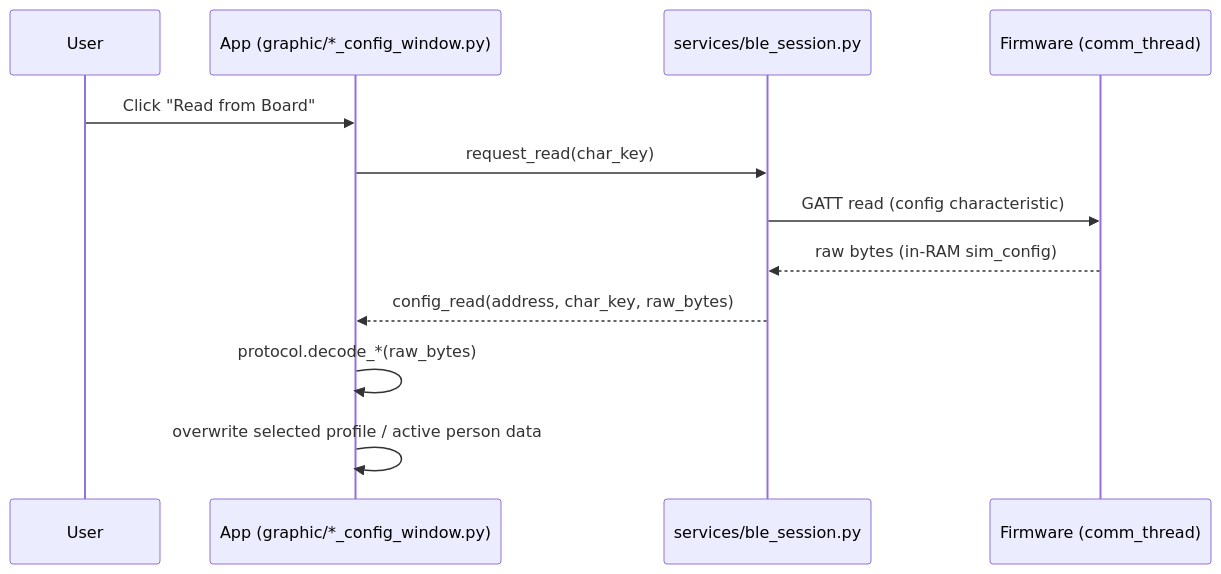
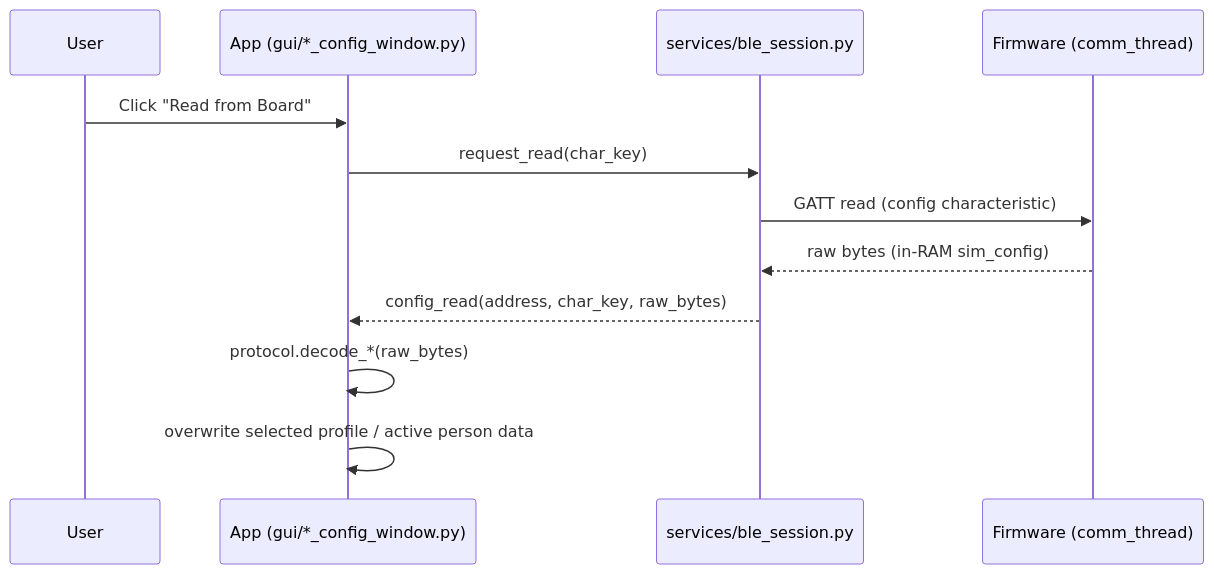
Before and after one commit to gomes717/SensorSimulator: the third of 6 diagrams in docs/ARCHITECTURE.md, drawn with Mermaid. The commit also changed other lines of this file and 38 other files, not shown here.

First line of the commit message:
Rename src/graphic/ -> src/gui/ (issue 17)

````diff
--- a/docs/ARCHITECTURE.md
+++ b/docs/ARCHITECTURE.md
@@ -159,15 +159,15 @@
 ```mermaid
 sequenceDiagram
     participant U as User
-    participant App as App (graphic/*_config_window.py)
+    participant App as App (gui/*_config_window.py)
     participant BLE as services/ble_session.py
     participant FW as Firmware (comm_thread)
 
     U->>App: Click "Read from Board"
     App->>BLE: request_read(char_key)
     BLE->>FW: GATT read (config characteristic)
     FW-->>BLE: raw bytes (in-RAM sim_config)
     BLE-->>App: config_read(address, char_key, raw_bytes)
     App->>App: protocol.decode_*(raw_bytes)
     App->>App: overwrite selected profile / active person data
 ```
````
